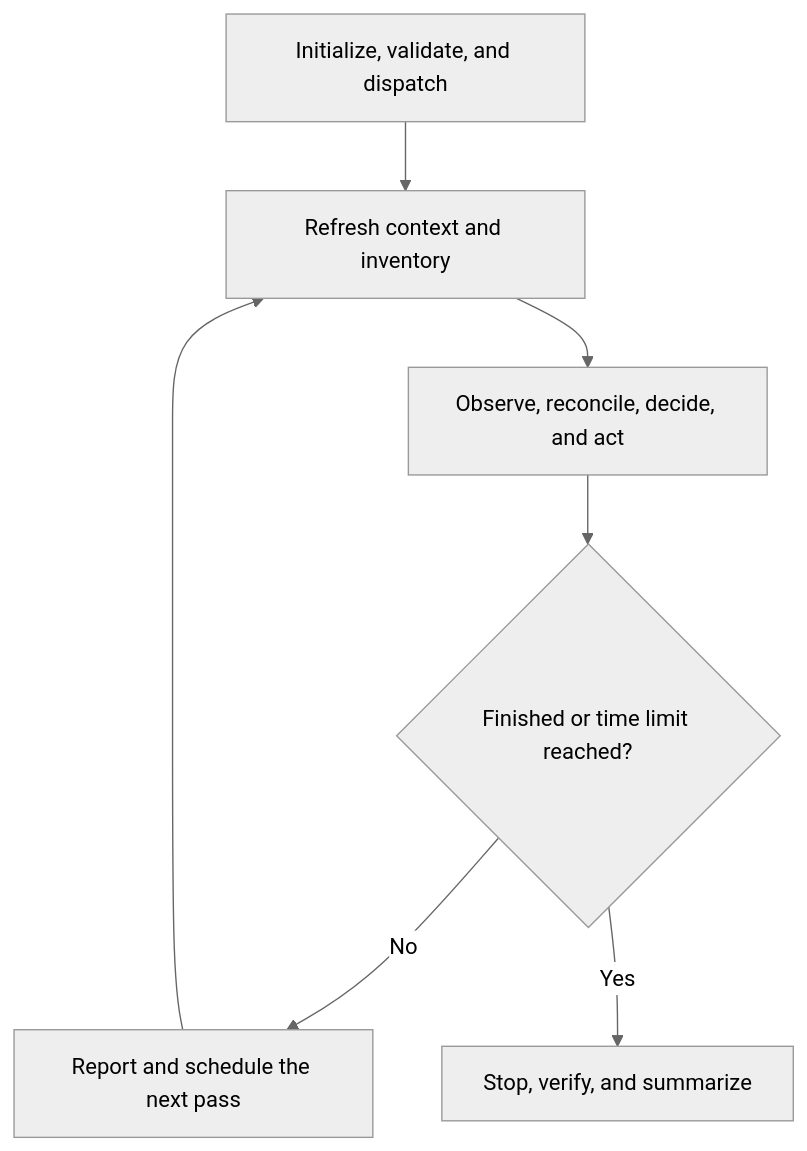
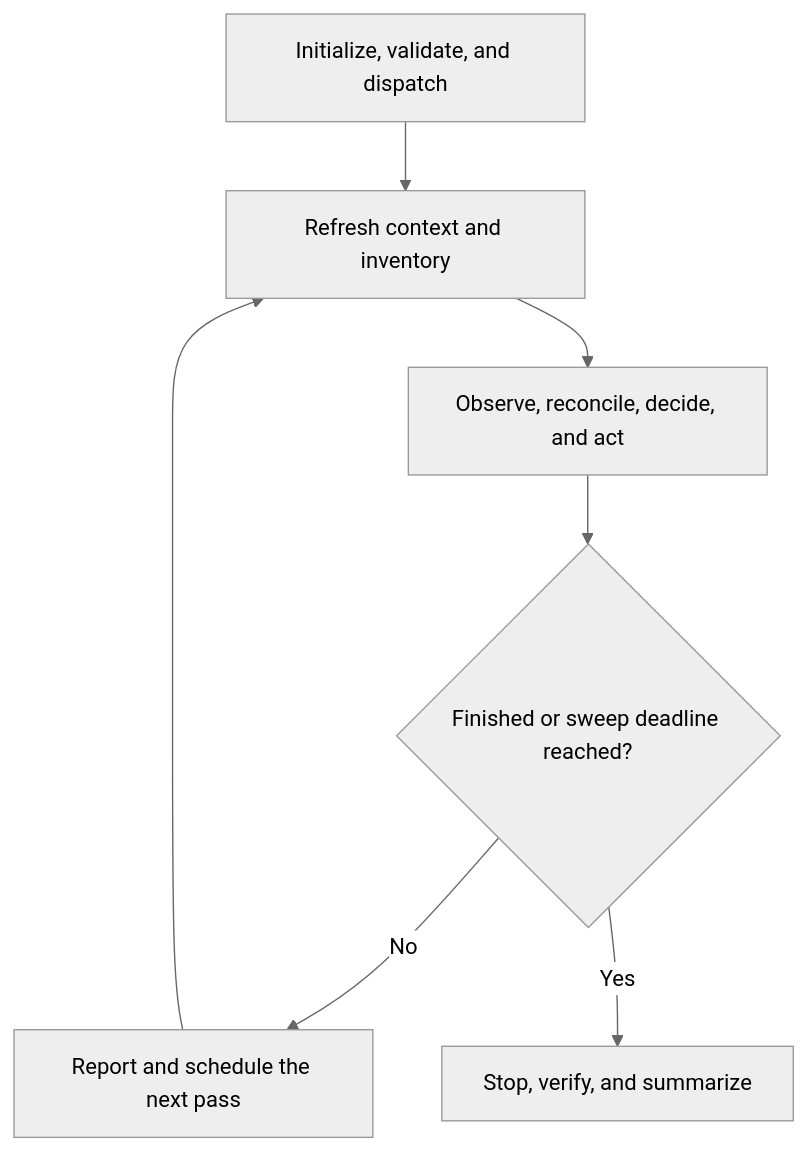
The diagram in .agents/skills/run-training-sweep-trc/SKILL.md (Open-Athena/marin-dna), drawn with Mermaid (neutral theme) before and after one commit. The commit also changed other lines of this file and 16 other files, not shown here.

````diff
--- a/.agents/skills/run-training-sweep-trc/SKILL.md
+++ b/.agents/skills/run-training-sweep-trc/SKILL.md
@@ -61,9 +61,9 @@
 ```mermaid
 flowchart TD
     A["Initialize, validate, and dispatch"] --> B["Refresh context and inventory"]
     B --> C["Observe, reconcile, decide, and act"]
-    C --> D{"Finished or time limit reached?"}
+    C --> D{"Finished or sweep deadline reached?"}
     D -- "No" --> E["Report and schedule the next pass"]
     E --> B
     D -- "Yes" --> F["Stop, verify, and summarize"]
 ```
````
